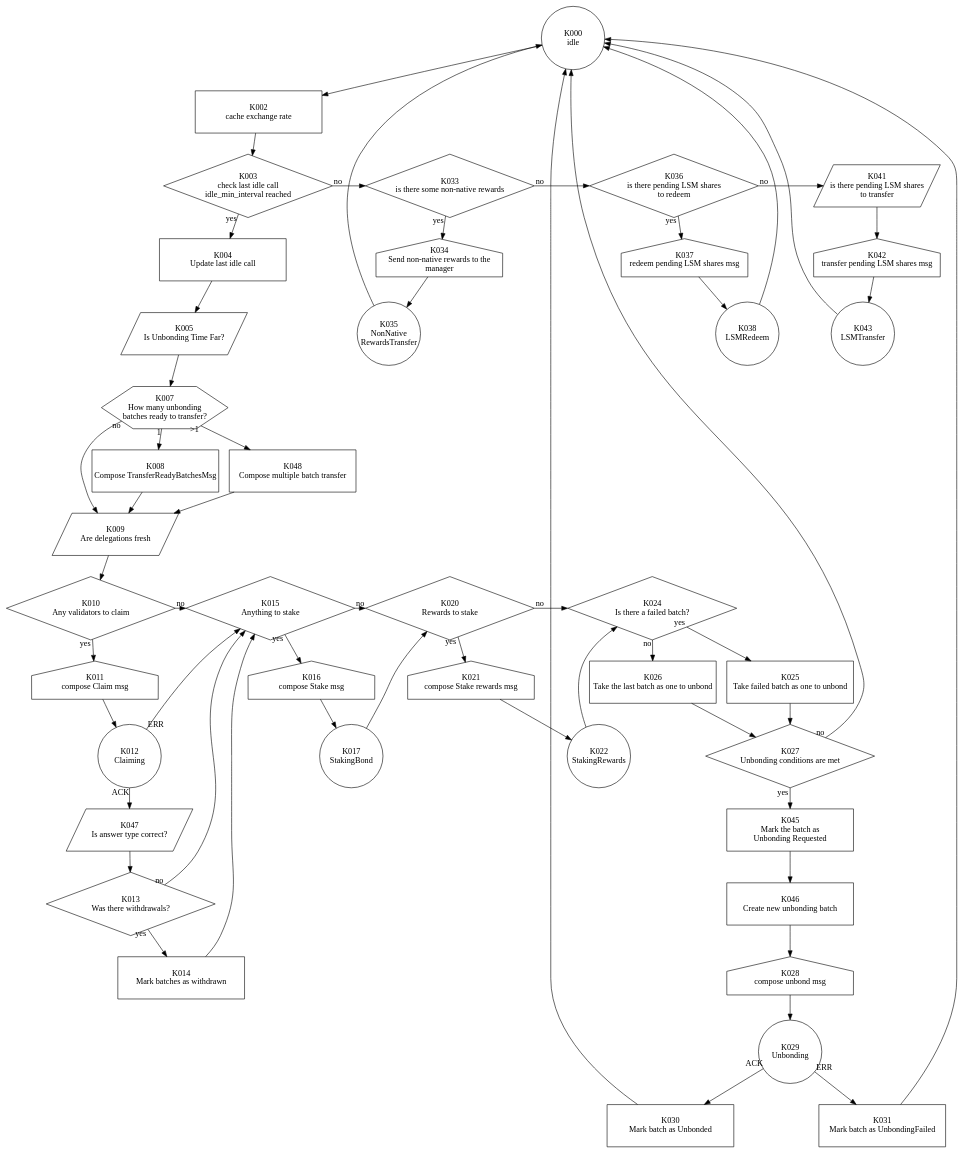
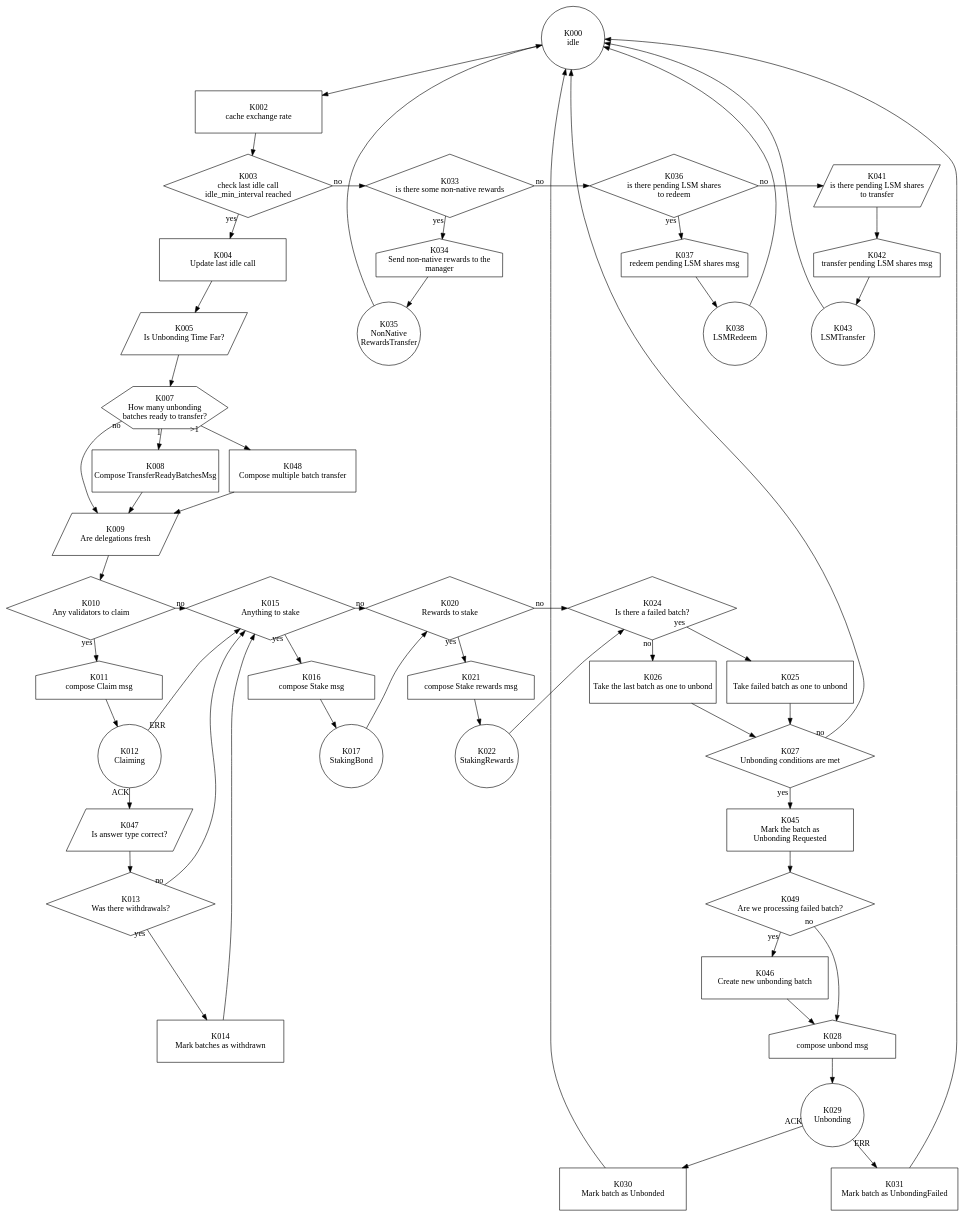
Before and after one commit to hadronlabs-org/drop-contracts: the diagram in graph.gv, drawn with Graphviz. The commit also changed 2 other files, not shown here.

```diff
--- a/graph.gv
+++ b/graph.gv
@@ -1,231 +1,112 @@
 digraph G {
-    layout=dot;
-    rankdir=TB;
-
-    {
-        rank=same;
-        K000 [
-            label = "K000\nidle",
-            shape=circle, fixedsize=true, width=1.5, height=1.5
-        ];
+    layout = dot;
+    rankdir = TB;
+    
+    subgraph {
+        rank = same;
+        K000 [label = "K000\nidle";shape = circle;fixedsize = true;width = 1.5;height = 1.5;];
     }
-
-    {
-        rank=same;
-        K002 [
-            label = "K002\ncache exchange rate",
-            shape=box, fixedsize=true, width=3, height=1
-        ];
+    
+    subgraph {
+        rank = same;
+        K002 [label = "K002\ncache exchange rate";shape = box;fixedsize = true;width = 3;height = 1;];
     }
-
-    {
-        rank=same;
-        K003 [
-            label = "K003\ncheck last idle call\nidle_min_interval reached",
-            shape=diamond, fixedsize=true, width=4, height=1.5
-        ];
-        K033 [
-            label = "K033\nis there some non-native rewards",
-            shape=diamond, fixedsize=true, width=4, height=1.5
-        ];
-        K036 [
-            label = "K036\nis there pending LSM shares\nto redeem",
-            shape=diamond, fixedsize=true, width=4, height=1.5
-        ];
-        K041 [
-            label = "K041\nis there pending LSM shares\nto transfer",
-            shape=polygon, sides=4, skew=.4, fixedsize=true, width=3, height=1
-        ];
+    
+    subgraph {
+        rank = same;
+        K003 [label = "K003\ncheck last idle call\nidle_min_interval reached";shape = diamond;fixedsize = true;width = 4;height = 1.5;];
+        K033 [label = "K033\nis there some non-native rewards";shape = diamond;fixedsize = true;width = 4;height = 1.5;];
+        K036 [label = "K036\nis there pending LSM shares\nto redeem";shape = diamond;fixedsize = true;width = 4;height = 1.5;];
+        K041 [label = "K041\nis there pending LSM shares\nto transfer";shape = polygon;sides = 4;skew = .4;fixedsize = true;width = 3;height = 1;];
     }
-
-    {
-        rank=same;
-        K004 [
-            label = "K004\nUpdate last idle call",
-            shape=box, fixedsize=true, width=3, height=1
-        ];
-        K034 [
-            label = "K034\nSend non-native rewards to the\nmanager",
-            shape=house, fixedsize=true, width=3, height=1
-        ];
-        K037 [
-            label = "K037\nredeem pending LSM shares msg",
-            shape=house, fixedsize=true, width=3, height=1
-        ];
-        K042 [
-            label = "K042\ntransfer pending LSM shares msg",
-            shape=house, fixedsize=true, width=3, height=1
-        ];
+    
+    subgraph {
+        rank = same;
+        K004 [label = "K004\nUpdate last idle call";shape = box;fixedsize = true;width = 3;height = 1;];
+        K034 [label = "K034\nSend non-native rewards to the\nmanager";shape = house;fixedsize = true;width = 3;height = 1;];
+        K037 [label = "K037\nredeem pending LSM shares msg";shape = house;fixedsize = true;width = 3;height = 1;];
+        K042 [label = "K042\ntransfer pending LSM shares msg";shape = house;fixedsize = true;width = 3;height = 1;];
     }
-
-    {
-        rank=same;
-        K005 [
-            label = "K005\nIs Unbonding Time Far?",
-            shape=polygon, sides=4, skew=.4, fixedsize=true, width=3, height=1
-        ];
-        K035 [
-            label = "K035\nNonNative\nRewardsTransfer",
-            shape=circle, fixedsize=true, width=1.5, height=1.5
-        ];
-        K038 [
-            label = "K038\nLSMRedeem",
-            shape=circle, fixedsize=true, width=1.5, height=1.5
-        ];
-        K043 [
-            label = "K043\nLSMTransfer",
-            shape=circle, fixedsize=true, width=1.5, height=1.5
-        ];
+    
+    subgraph {
+        rank = same;
+        K005 [label = "K005\nIs Unbonding Time Far?";shape = polygon;sides = 4;skew = .4;fixedsize = true;width = 3;height = 1;];
+        K035 [label = "K035\nNonNative\nRewardsTransfer";shape = circle;fixedsize = true;width = 1.5;height = 1.5;];
+        K038 [label = "K038\nLSMRedeem";shape = circle;fixedsize = true;width = 1.5;height = 1.5;];
+        K043 [label = "K043\nLSMTransfer";shape = circle;fixedsize = true;width = 1.5;height = 1.5;];
     }
-
-    {
-        rank=same;
-        K007 [
-            label = "K007\nHow many unbonding\nbatches ready to transfer?",
-            shape=hexagon, fixedsize=true, width=3, height=1
-        ];
+    
+    subgraph {
+        rank = same;
+        K007 [label = "K007\nHow many unbonding\nbatches ready to transfer?";shape = hexagon;fixedsize = true;width = 3;height = 1;];
     }
-
-    {
-        rank=same;
-        K008 [
-            label = "K008\nCompose TransferReadyBatchesMsg",
-            shape=box, fixedsize=true, width=3, height=1
-        ];
-        K048 [
-            label = "K048\nCompose multiple batch transfer",
-            shape=box, fixedsize=true, width=3, height=1
-        ];
+    
+    subgraph {
+        rank = same;
+        K008 [label = "K008\nCompose TransferReadyBatchesMsg";shape = box;fixedsize = true;width = 3;height = 1;];
+        K048 [label = "K048\nCompose multiple batch transfer";shape = box;fixedsize = true;width = 3;height = 1;];
     }
-
-    {
-        rank=same;
-        K009 [
-            label = "K009\nAre delegations fresh",
-            shape=polygon, sides=4, skew=.4, fixedsize=true, width=3, height=1
-        ];
+    
+    subgraph {
+        rank = same;
+        K009 [label = "K009\nAre delegations fresh";shape = polygon;sides = 4;skew = .4;fixedsize = true;width = 3;height = 1;];
     }
-
-    {
-        rank=same;
-        K010 [
-            label = "K010\nAny validators to claim",
-            shape=diamond, fixedsize=true, width=4, height=1.5
-        ];
-        K015 [
-            label = "K015\nAnything to stake",
-            shape=diamond, fixedsize=true, width=4, height=1.5
-        ];
-        K020 [
-            label = "K020\nRewards to stake",
-            shape=diamond, fixedsize=true, width=4, height=1.5
-        ];
-        K024 [
-            label = "K024\nIs there a failed batch?",
-            shape=diamond, fixedsize=true, width=4, height=1.5
-        ];
+    
+    subgraph {
+        rank = same;
+        K010 [label = "K010\nAny validators to claim";shape = diamond;fixedsize = true;width = 4;height = 1.5;];
+        K015 [label = "K015\nAnything to stake";shape = diamond;fixedsize = true;width = 4;height = 1.5;];
+        K020 [label = "K020\nRewards to stake";shape = diamond;fixedsize = true;width = 4;height = 1.5;];
+        K024 [label = "K024\nIs there a failed batch?";shape = diamond;fixedsize = true;width = 4;height = 1.5;];
     }
-
-    {
-        rank=same;
-        K011 [
-            label = "K011\ncompose Claim msg",
-            shape=house, fixedsize=true, width=3, height=1
-        ];
-        K016 [
-            label = "K016\ncompose Stake msg",
-            shape=house, fixedsize=true, width=3, height=1
-        ];
-        K021 [
-            label = "K021\ncompose Stake rewards msg",
-            shape=house, fixedsize=true, width=3, height=1
-        ];
-        K025 [
-            label = "K025\nTake failed batch as one to unbond",
-            shape=box, fixedsize=true, width=3, height=1
-        ];
-        K026 [
-            label = "K026\nTake the last batch as one to unbond",
-            shape=box, fixedsize=true, width=3, height=1
-        ];
+    
+    subgraph {
+        rank = same;
+        K011 [label = "K011\ncompose Claim msg";shape = house;fixedsize = true;width = 3;height = 1;];
+        K016 [label = "K016\ncompose Stake msg";shape = house;fixedsize = true;width = 3;height = 1;];
+        K021 [label = "K021\ncompose Stake rewards msg";shape = house;fixedsize = true;width = 3;height = 1;];
+        K025 [label = "K025\nTake failed batch as one to unbond";shape = box;fixedsize = true;width = 3;height = 1;];
+        K026 [label = "K026\nTake the last batch as one to unbond";shape = box;fixedsize = true;width = 3;height = 1;];
     }
-
-    {
-        rank=same;
-        K012 [
-            label = "K012\nClaiming",
-            shape=circle, fixedsize=true, width=1.5, height=1.5
-        ];
-        K017 [
-            label = "K017\nStakingBond",
-            shape=circle, fixedsize=true, width=1.5, height=1.5
-        ];
-        K022 [
-            label = "K022\nStakingRewards",
-            shape=circle, fixedsize=true, width=1.5, height=1.5
-        ];
-        K027 [
-            label = "K027\nUnbonding conditions are met",
-            shape=diamond, fixedsize=true, width=4, height=1.5
-        ];
+    
+    subgraph {
+        rank = same;
+        K012 [label = "K012\nClaiming";shape = circle;fixedsize = true;width = 1.5;height = 1.5;];
+        K017 [label = "K017\nStakingBond";shape = circle;fixedsize = true;width = 1.5;height = 1.5;];
+        K022 [label = "K022\nStakingRewards";shape = circle;fixedsize = true;width = 1.5;height = 1.5;];
+        K027 [label = "K027\nUnbonding conditions are met";shape = diamond;fixedsize = true;width = 4;height = 1.5;];
     }
-
-    {
-        rank=same;
-        K047 [
-            label = "K047\nIs answer type correct?",
-            shape=polygon, sides=4, skew=.4, fixedsize=true, width=3, height=1
-        ];
-        K045 [
-            label = "K045\nMark the batch as\nUnbonding Requested",
-            shape=box, fixedsize=true, width=3, height=1
-        ];
+    
+    subgraph {
+        rank = same;
+        K047 [label = "K047\nIs answer type correct?";shape = polygon;sides = 4;skew = .4;fixedsize = true;width = 3;height = 1;];
+        K045 [label = "K045\nMark the batch as\nUnbonding Requested";shape = box;fixedsize = true;width = 3;height = 1;];
     }
-
-    {
-        rank=same;
-        K013 [
-            label = "K013\nWas there withdrawals?",
-            shape=diamond, fixedsize=true, width=4, height=1.5
-        ];
-        K046 [
-            label = "K046\nCreate new unbonding batch",
-            shape=box, fixedsize=true, width=3, height=1
-        ];
+    
+    subgraph {
+        K046 [label = "K046\nCreate new unbonding batch";shape = box;fixedsize = true;width = 3;height = 1;];
+        K013 [label = "K013\nWas there withdrawals?";shape = diamond;fixedsize = true;width = 4;height = 1.5;];
+        K049 [label = "K049\nAre we processing failed batch?";shape = diamond;fixedsize = true;width = 4;height = 1.5;];
     }
-
-    {
-        rank=same;
-        K014 [
-            label = "K014\nMark batches as withdrawn",
-            shape=box, fixedsize=true, width=3, height=1
-        ];
-        K028 [
-            label = "K028\ncompose unbond msg",
-            shape=house, fixedsize=true, width=3, height=1
-        ];
+    
+    subgraph {
+        rank = same;
+        K014 [label = "K014\nMark batches as withdrawn";shape = box;fixedsize = true;width = 3;height = 1;];
+        K028 [label = "K028\ncompose unbond msg";shape = house;fixedsize = true;width = 3;height = 1;];
     }
-
-    {
-        rank=same;
-        K029 [
-            label = "K029\nUnbonding",
-            shape=circle, fixedsize=true, width=1.5, height=1.5
-        ];
+    
+    subgraph {
+        rank = same;
+        K029 [label = "K029\nUnbonding";shape = circle;fixedsize = true;width = 1.5;height = 1.5;];
     }
-
-    {
-        rank=same;
-        K030 [
-            label = "K030\nMark batch as Unbonded",
-            shape=box, fixedsize=true, width=3, height=1
-        ];
-        K031 [
-            label = "K031\nMark batch as UnbondingFailed",
-            shape=box, fixedsize=true, width=3, height=1
-        ];
+    
+    subgraph {
+        rank = same;
+        
+        K030 [label = "K030\nMark batch as Unbonded";shape = box;fixedsize = true;width = 3;height = 1;];
+        K031 [label = "K031\nMark batch as UnbondingFailed";shape = box;fixedsize = true;width = 3;height = 1;];
     }
-
+    
     K000 -> K002;
     K002 -> K003;
     K003 -> K033 [taillabel = "no";];
@@ -238,61 +119,63 @@
     K036 -> K041 [taillabel = "no";];
     K041 -> K042;
     K042 -> K043;
-
+    
     K003 -> K004 [taillabel = "yes";];
     K004 -> K005;
     K005 -> K007;
-
+    
     K007 -> K008 [taillabel = "1";];
     K007 -> K048 [taillabel = ">1";];
     K007 -> K009 [taillabel = "no";];
-
+    
     K008 -> K009;
     K048 -> K009;
     
     K009 -> K010;
     K010 -> K015 [taillabel = "no";];
-
+    
     K015 -> K016 [taillabel = "yes";];
     K016 -> K017;
-
+    
     K015 -> K020 [taillabel = "no";];
     K020 -> K021 [taillabel = "yes";];
     K021 -> K022;
-
+    
     K020 -> K024 [taillabel = "no";];
     K024 -> K025 [taillabel = "yes";];
     K028 -> K029;
-
+    
     K024 -> K026 [taillabel = "no";];
     K010 -> K011 [taillabel = "yes";];
     K011 -> K012;
-
+    
     K038 -> K000;
     K043 -> K000;
     K035 -> K000;
-
+    
     K013 -> K014 [taillabel = "yes";];
     K013 -> K015 [taillabel = "no";];
-
+    
     K012 -> K047 [taillabel = "ACK";];
     K012 -> K015 [taillabel = "ERR";];
     K047 -> K013;
     K014 -> K015;
-
+    
     K017 -> K020;
     K022 -> K024;
-
+    
     K029 -> K030 [taillabel = "ACK";];
     K029 -> K031 [taillabel = "ERR";];
-
+    
     K030 -> K000;
     K031 -> K000;
     K025 -> K027;
     K026 -> K027;
-
+    
     K027 -> K045 [taillabel = "yes";];
     K027 -> K000 [taillabel = "no";];
-    K045 -> K046;
+    K045 -> K049;
+    K049 -> K046 [taillabel = "yes";];
+    K049 -> K028 [taillabel = "no";];
     K046 -> K028;
 }
```
